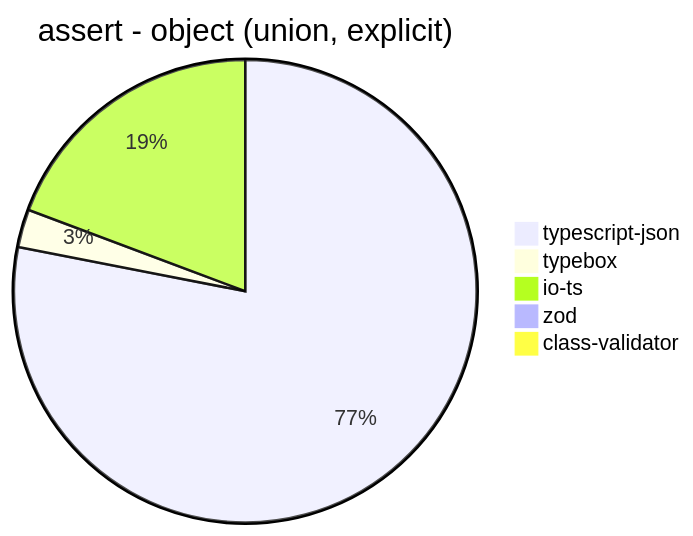
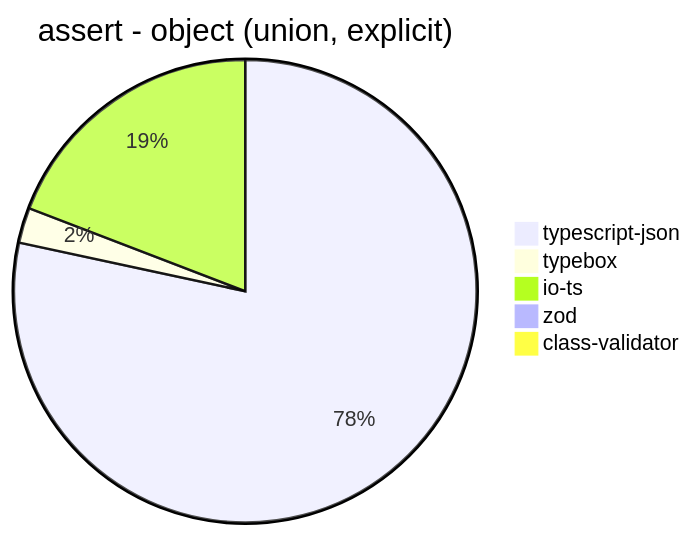
Diagram 11 of 39 in benchmark/results/11th Gen Intel(R) Core(TM) i5-1135G7 @ 2.40GHz.md (samchon/typia), drawn with Mermaid before and after one commit. The commit also changed other lines of this file and 7 other files, not shown here.

````diff
--- a/benchmark/results/11th Gen Intel(R) Core(TM) i5-1135G7 @ 2.40GHz.md
+++ b/benchmark/results/11th Gen Intel(R) Core(TM) i5-1135G7 @ 2.40GHz.md
@@ -146,8 +146,8 @@
 ```mermaid
 pie title assert - object (union, explicit)
-  "typescript-json": 4403.040415276233
-  "typebox": 149.78786201807785
-  "io-ts": 1087.713004484305
-  "zod": 33.771106941838646
-  "class-validator": 16.299314687905166
+  "typescript-json": 4375.366568914956
+  "typebox": 137.54578754578753
+  "io-ts": 1069.8447893569844
+  "zod": 33.21580998329931
+  "class-validator": 16.276517922457938
 ```
````
